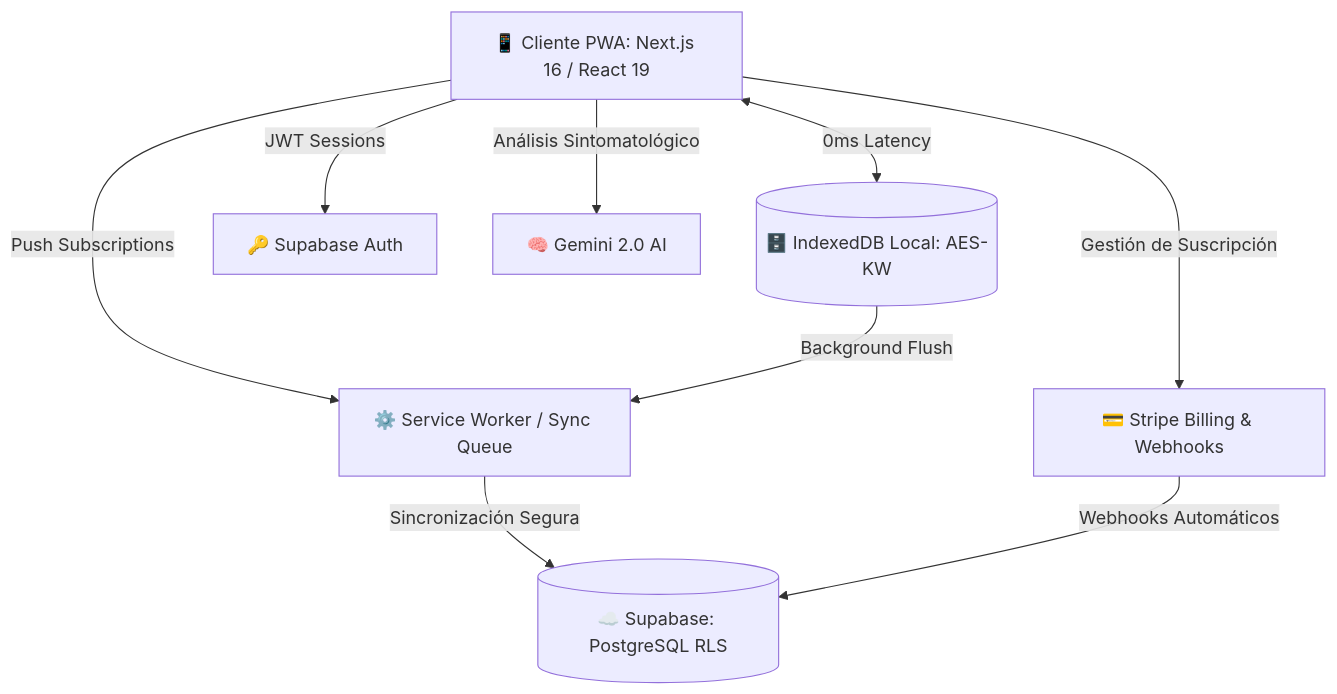
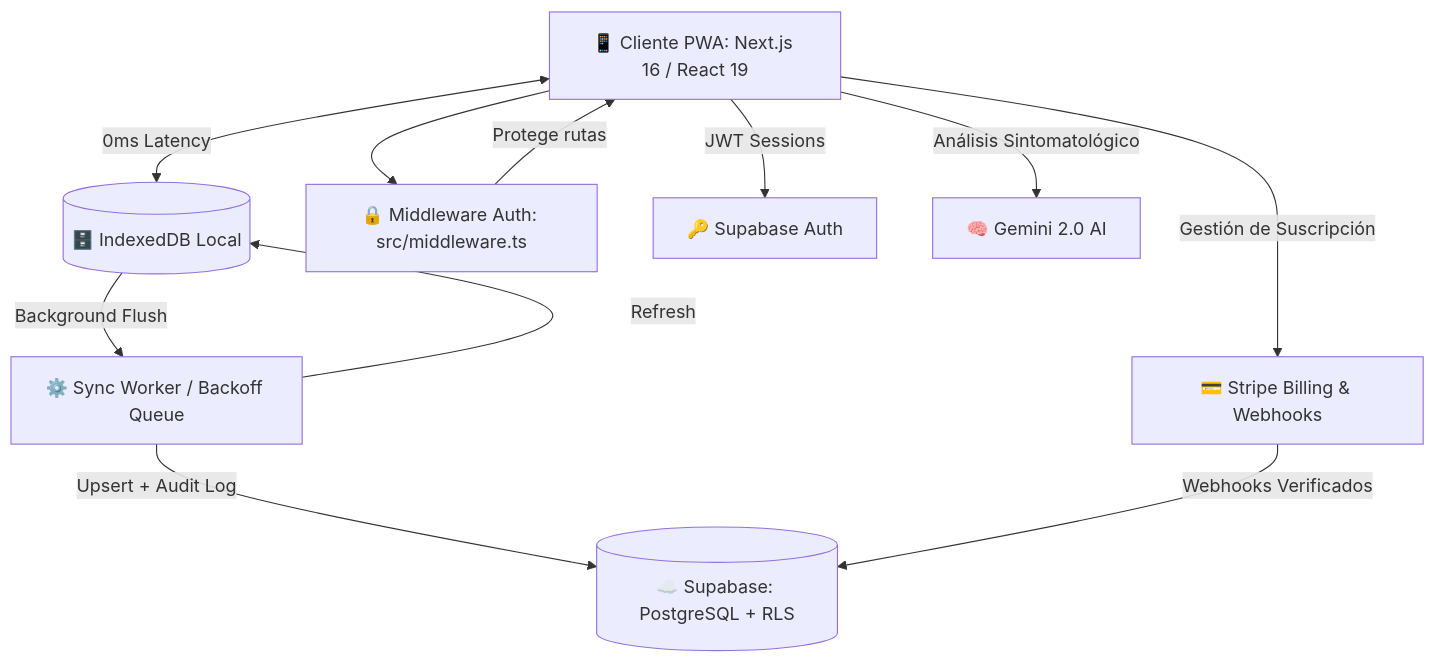
One commit to khryazid/HCE changed the diagram in README.md. Above: the diagram before and after it, drawn with Mermaid. The commit also changed other lines of this file, not shown here.

First line of the commit message:
docs: update README to reflect post-audit state

````diff
--- a/README.md
+++ b/README.md
@@ -70,19 +79,22 @@
 ```mermaid
 graph TD
     Client[📱 Cliente PWA: Next.js 16 / React 19]
-    IDB[(🗄️ IndexedDB Local: AES-KW)]
-    SW[⚙️ Service Worker / Sync Queue]
-    SupabaseDB[(☁️ Supabase: PostgreSQL RLS)]
+    IDB[(🗄️ IndexedDB Local)]
+    MW[🔒 Middleware Auth: src/middleware.ts]
+    SW[⚙️ Sync Worker / Backoff Queue]
+    SupabaseDB[(☁️ Supabase: PostgreSQL + RLS)]
     Auth[🔑 Supabase Auth]
     AI[🧠 Gemini 2.0 AI]
     Stripe[💳 Stripe Billing & Webhooks]
 
+    Client --> MW
+    MW -->|Protege rutas| Client
     Client <-->|0ms Latency| IDB
-    Client -->|Push Subscriptions| SW
     IDB -->|Background Flush| SW
-    SW -->|Sincronización Segura| SupabaseDB
+    SW -->|Upsert + Audit Log| SupabaseDB
+    SW -->|Refresh| IDB
     Client -->|JWT Sessions| Auth
     Client -->|Análisis Sintomatológico| AI
     Client -->|Gestión de Suscripción| Stripe
-    Stripe -->|Webhooks Automáticos| SupabaseDB
+    Stripe -->|Webhooks Verificados| SupabaseDB
 ```
````
